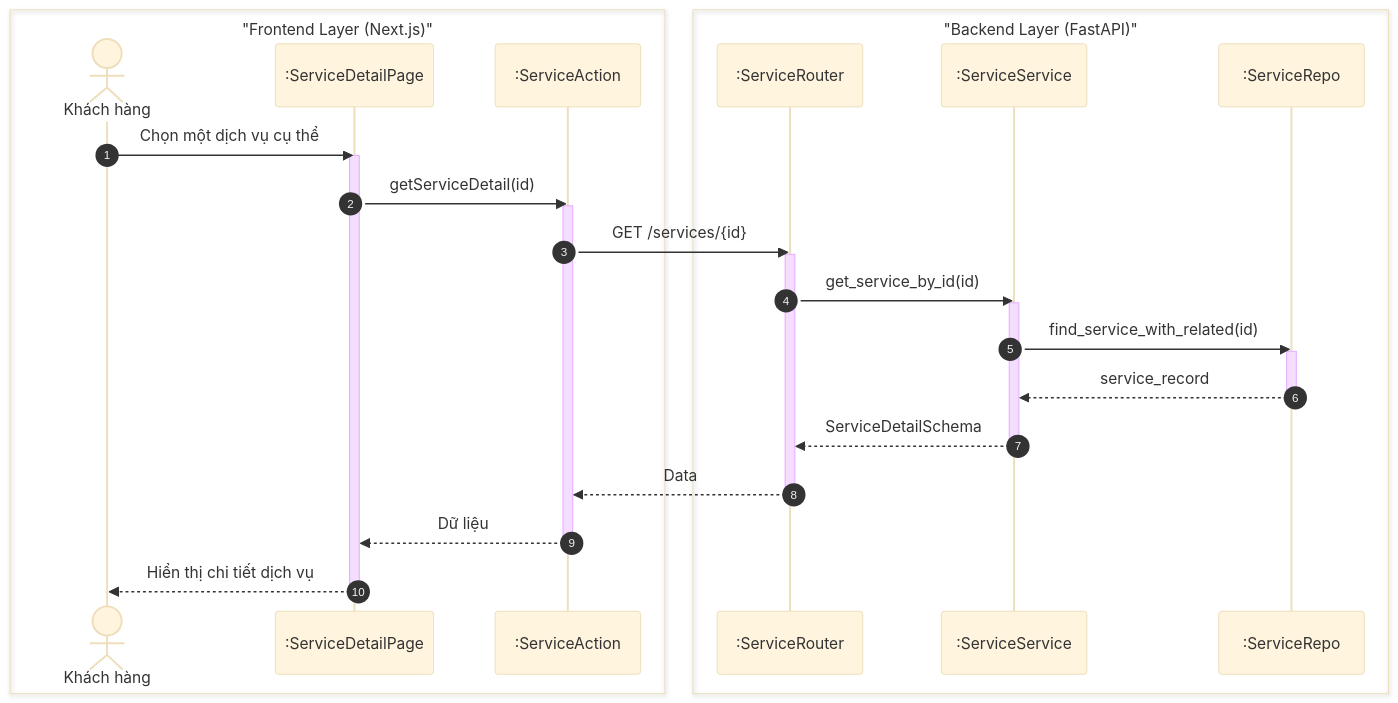
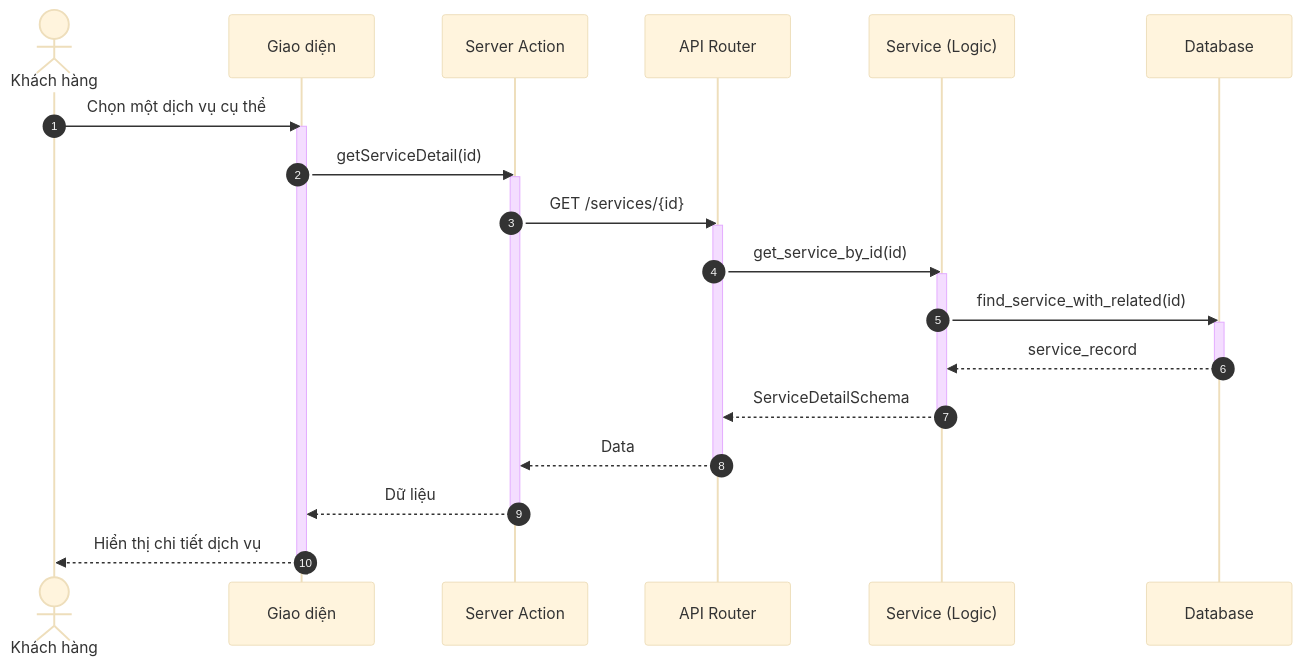
The second of 8 diagrams in docs/design/sequences/customer_flows.md (ngoctinn/Synapse), drawn with Mermaid (base theme) before and after one commit. The commit also changed other lines of this file and 4 other files, not shown here.

Commit message:
docs: Add initial sequence diagrams for admin, authentication, customer, receptionist, and technician flows.

````diff
--- a/docs/design/sequences/customer_flows.md
+++ b/docs/design/sequences/customer_flows.md
@@ -75,43 +70,38 @@
 ```mermaid
 sequenceDiagram
     autonumber
-    box "Frontend Layer (Next.js)"
-        actor KH as Khách hàng
-        participant UI as :ServiceDetailPage
-        participant BFF as :ServiceAction
-    end
-
-    box "Backend Layer (FastAPI)"
-        participant API as :ServiceRouter
-        participant S as :ServiceService
-        participant DB as :ServiceRepo
-    end
+    actor KH as Khách hàng
+    participant UI as Giao diện
+    participant BFF as Server Action
+    participant API as API Router
+    participant S as Service (Logic)
+    participant DB as Database
 
     KH->>UI: Chọn một dịch vụ cụ thể
     activate UI
     UI->>BFF: getServiceDetail(id)
     activate BFF
 
     BFF->>API: GET /services/{id}
     activate API
 
     API->>S: get_service_by_id(id)
     activate S
 
     S->>DB: find_service_with_related(id)
     activate DB
     DB-->>S: service_record
     deactivate DB
 
     S-->>API: ServiceDetailSchema
     deactivate S
 
     API-->>BFF: Data
     deactivate API
 
     BFF-->>UI: Dữ liệu
     deactivate BFF
 
     UI-->>KH: Hiển thị chi tiết dịch vụ
     deactivate UI
 ```
````
